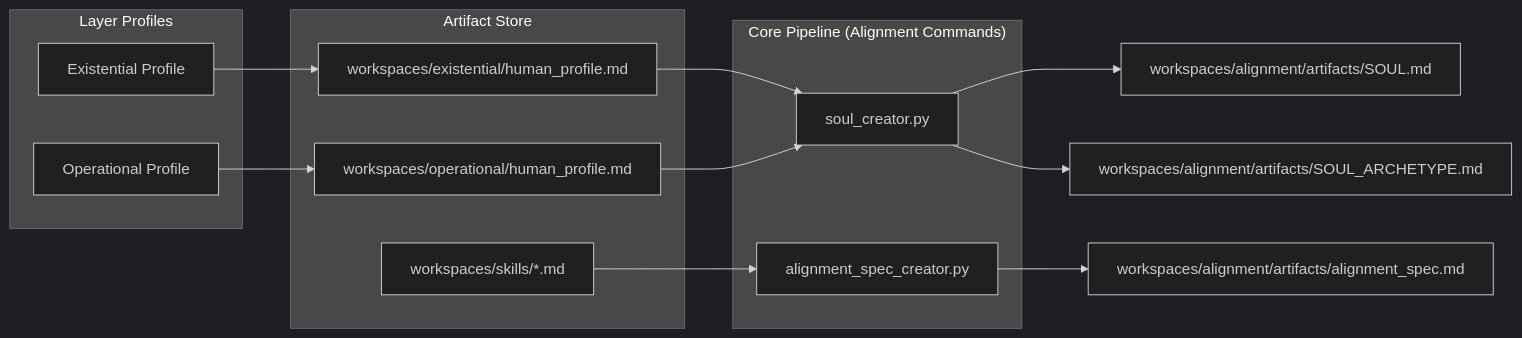
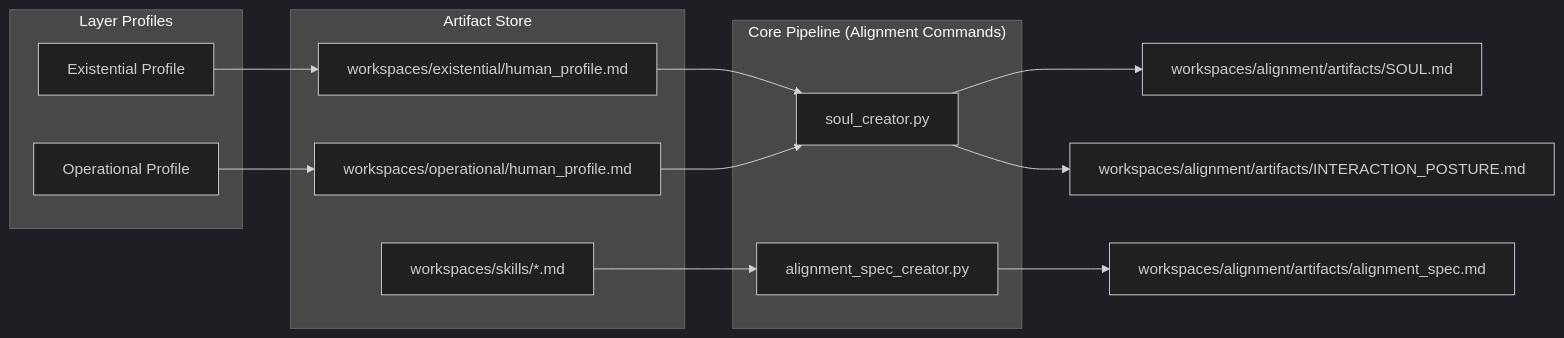
The first of 2 diagrams in docs/Alignment-Profile.md (Cody-W-Tucker/Cognitive-Assistant), drawn with Mermaid (dark theme) before and after one commit. The commit also changed other lines of this file and 54 other files, not shown here.

````diff
--- a/docs/Alignment-Profile.md
+++ b/docs/Alignment-Profile.md
@@ -27,27 +27,27 @@
 ```mermaid
 flowchart LR
     SOUL["workspaces/alignment/artifacts/SOUL.md"]
-    ARCH["workspaces/alignment/artifacts/SOUL_ARCHETYPE.md"]
+    ARCH["workspaces/alignment/artifacts/INTERACTION_POSTURE.md"]
     SPEC["workspaces/alignment/artifacts/alignment_spec.md"]
     subgraph subGraph2 ["Artifact Store"]
         HP_E["workspaces/existential/human_profile.md"]
         HP_O["workspaces/operational/human_profile.md"]
         SKILLS["workspaces/skills/*.md"]
     end
     subgraph subGraph1 ["Core Pipeline (Alignment Commands)"]
         SC["soul_creator.py"]
         ASC["alignment_spec_creator.py"]
     end
     subgraph subGraph0 ["Layer Profiles"]
         EP["Existential Profile"]
         OP["Operational Profile"]
     end
     EP --> HP_E
     OP --> HP_O
     HP_E --> SC
     HP_O --> SC
     SKILLS --> ASC
     SC --> SOUL
     SC --> ARCH
     ASC --> SPEC
 ```
````
